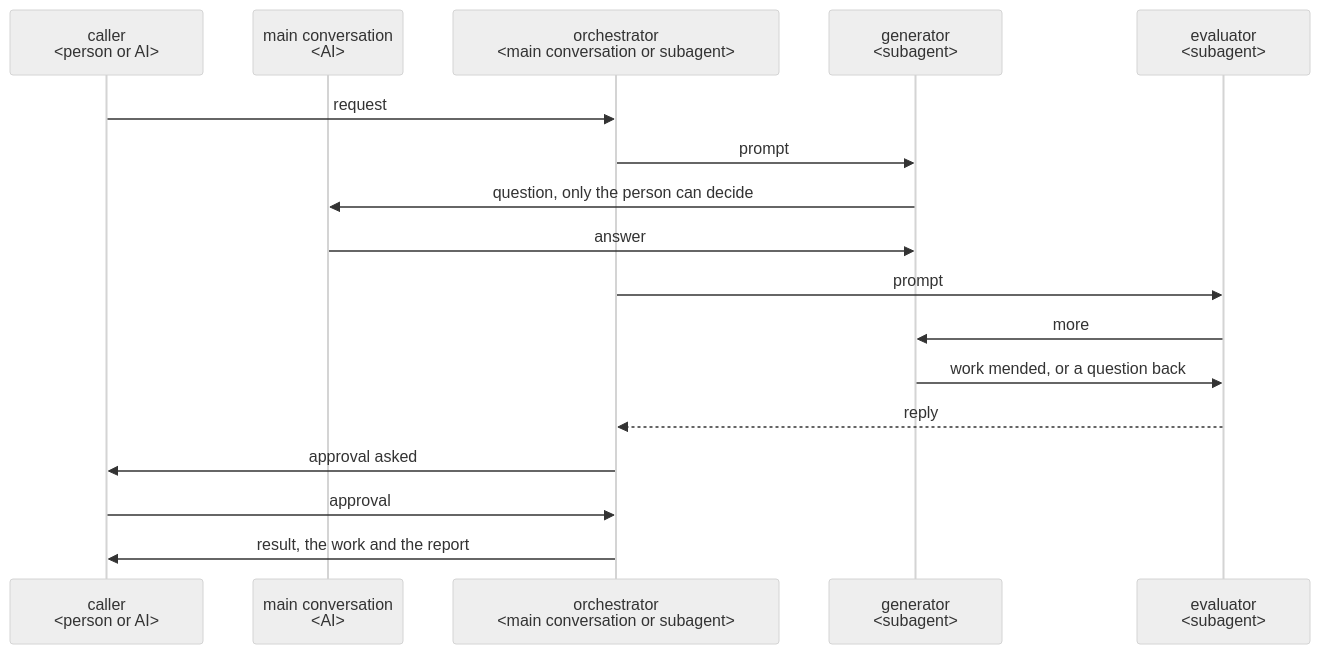
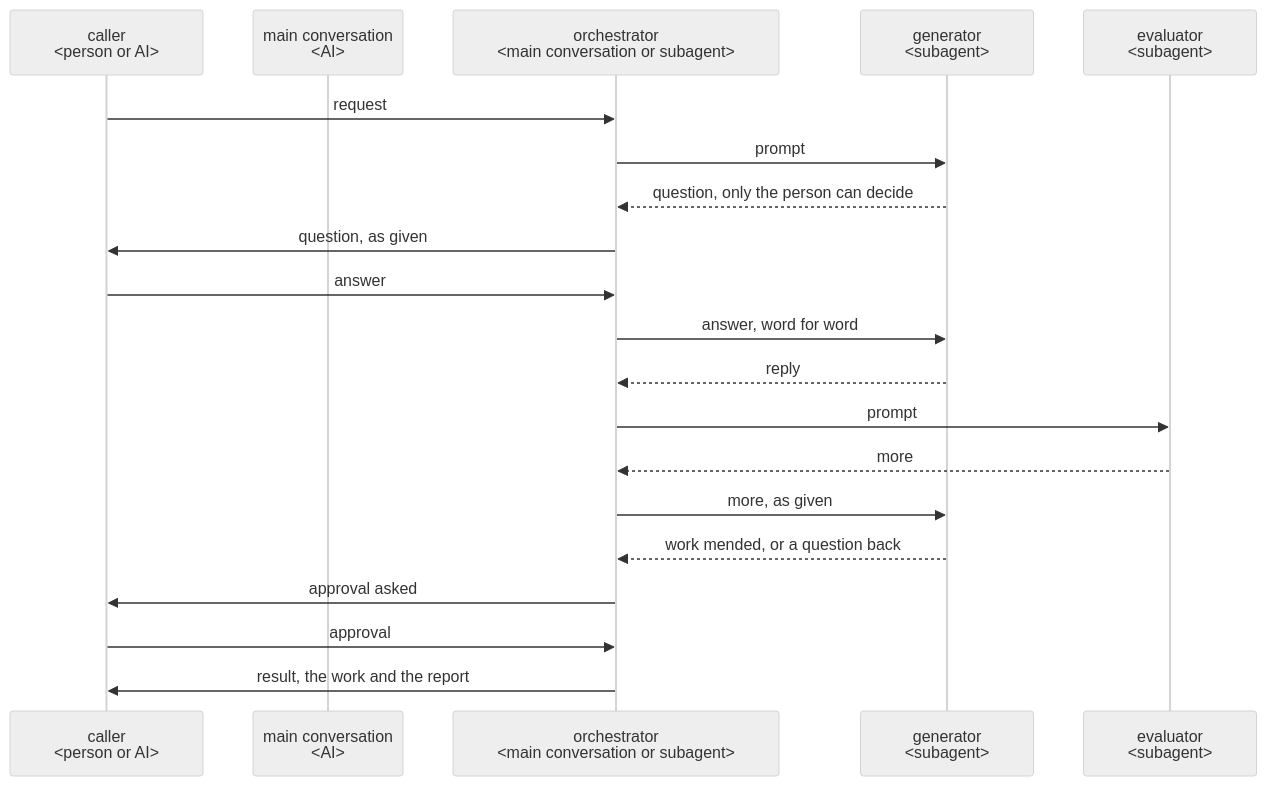
One commit to lovaizu/ccpm changed the diagram in dev/plugin-best-practice.md. Above: the diagram before and after it, drawn with Mermaid (neutral theme). The commit also changed other lines of this file and 9 other files, not shown here.

````diff
--- a/dev/plugin-best-practice.md
+++ b/dev/plugin-best-practice.md
@@ -26,19 +26,22 @@
 ```mermaid
 sequenceDiagram
   participant C as caller<br/>#lt;person or AI#gt;
   participant M as main conversation<br/>#lt;AI#gt;
   participant O as orchestrator<br/>#lt;main conversation or subagent#gt;
   participant G as generator<br/>#lt;subagent#gt;
   participant R as evaluator<br/>#lt;subagent#gt;
   C->>O: request
   O->>G: prompt
-  G->>M: question, only the person can decide
-  M->>G: answer
+  G-->>O: question, only the person can decide
+  O->>C: question, as given
+  C->>O: answer
+  O->>G: answer, word for word
+  G-->>O: reply
   O->>R: prompt
-  R->>G: more
-  G->>R: work mended, or a question back
-  R-->>O: reply
+  R-->>O: more
+  O->>G: more, as given
+  G-->>O: work mended, or a question back
   O->>C: approval asked
   C->>O: approval
   O->>C: result, the work and the report
 ```
````
